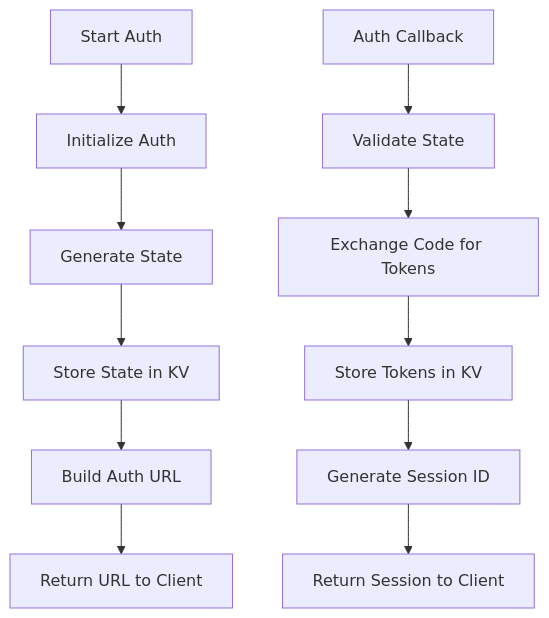
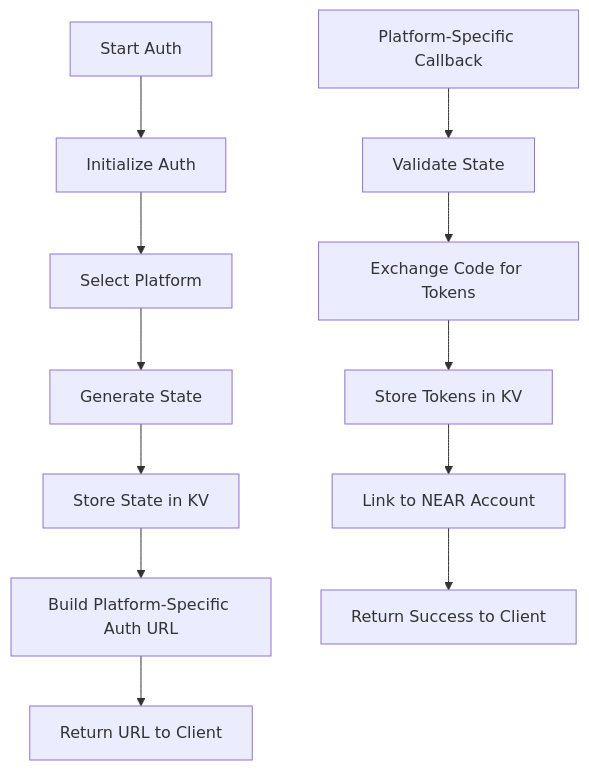
Before and after one commit to open-crosspost/open-crosspost-proxy-service: diagram 13 of 17 in memory-bank/systemPatterns.md, drawn with Mermaid. The commit also changed other lines of this file and 7 other files, not shown here.

````diff
--- a/memory-bank/systemPatterns.md
+++ b/memory-bank/systemPatterns.md
@@ -423,14 +439,15 @@
 ```mermaid
 flowchart TD
     Start[Start Auth] --> InitAuth[Initialize Auth]
-    InitAuth --> GenerateState[Generate State]
+    InitAuth --> SelectPlatform[Select Platform]
+    SelectPlatform --> GenerateState[Generate State]
     GenerateState --> StoreState[Store State in KV]
-    StoreState --> BuildURL[Build Auth URL]
+    StoreState --> BuildURL[Build Platform-Specific Auth URL]
     BuildURL --> ReturnURL[Return URL to Client]
     
-    Callback[Auth Callback] --> ValidateState[Validate State]
+    Callback[Platform-Specific Callback] --> ValidateState[Validate State]
     ValidateState --> ExchangeCode[Exchange Code for Tokens]
     ExchangeCode --> StoreTokens[Store Tokens in KV]
-    StoreTokens --> GenerateSession[Generate Session ID]
-    GenerateSession --> ReturnSession[Return Session to Client]
+    StoreTokens --> LinkAccount[Link to NEAR Account]
+    LinkAccount --> ReturnSuccess[Return Success to Client]
 ```
````
